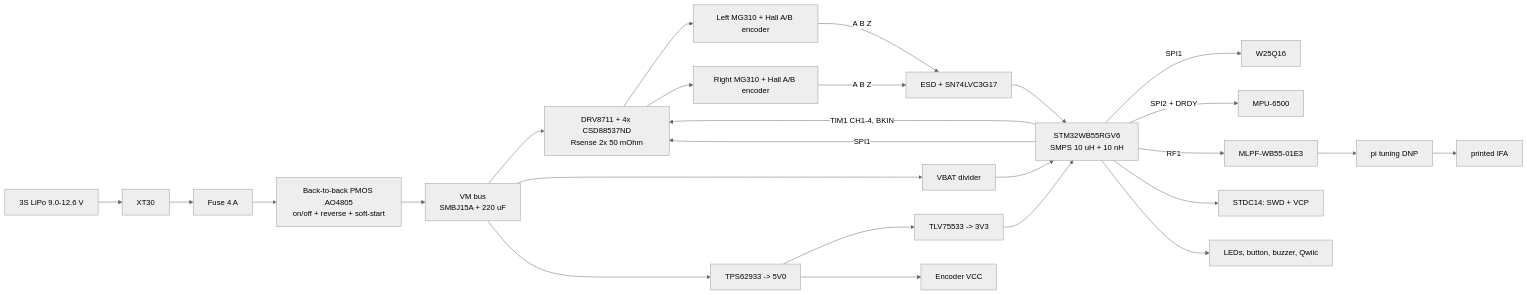
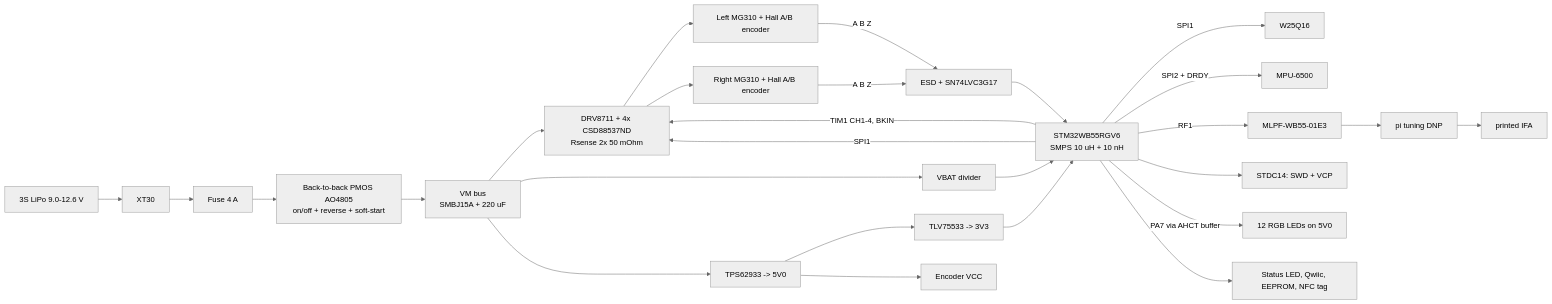
The diagram in docs/architecture.md (embedded-pro/e-inverted-pendulum-hardware), drawn with Mermaid (neutral theme) before and after one commit. The commit also changed other lines of this file and 54 other files, not shown here.

First line of the commit message:
feat(schematic): RGB LED chain, no buttons or buzzer, strategic test pads

````diff
--- a/docs/architecture.md
+++ b/docs/architecture.md
@@ -5,21 +5,22 @@
 ```mermaid
 graph LR
     BAT[3S LiPo 9.0-12.6 V] --> XT30[XT30] --> FUSE[Fuse 4 A] --> PP[Back-to-back PMOS AO4805<br/>on/off + reverse + soft-start]
     PP --> VM[VM bus<br/>SMBJ15A + 220 uF]
     VM --> DRV[DRV8711 + 4x CSD88537ND<br/>Rsense 2x 50 mOhm]
     DRV --> ML[Left MG310 + Hall A/B encoder]
     DRV --> MR[Right MG310 + Hall A/B encoder]
     VM --> DIV[VBAT divider] --> MCU
     VM --> BUCK[TPS62933 -> 5V0] --> LDO[TLV75533 -> 3V3]
     BUCK --> ENCP[Encoder VCC]
     ML -->|A B Z| BUF[ESD + SN74LVC3G17] --> MCU
     MR -->|A B Z| BUF
     LDO --> MCU[STM32WB55RGV6<br/>SMPS 10 uH + 10 nH]
     MCU -->|TIM1 CH1-4, BKIN| DRV
     MCU -->|SPI1| DRV
     MCU -->|SPI1| FLASH[W25Q16]
     MCU -->|SPI2 + DRDY| IMU[MPU-6500]
     MCU -->|RF1| MLPF[MLPF-WB55-01E3] --> PI[pi tuning DNP] --> ANT[printed IFA]
     MCU --> DBG[STDC14: SWD + VCP]
-    MCU --> UI[LEDs, button, buzzer, Qwiic]
+    MCU -->|PA7 via AHCT buffer| RGB[12 RGB LEDs on 5V0]
+    MCU --> UI[Status LED, Qwiic, EEPROM, NFC tag]
 ```
````
